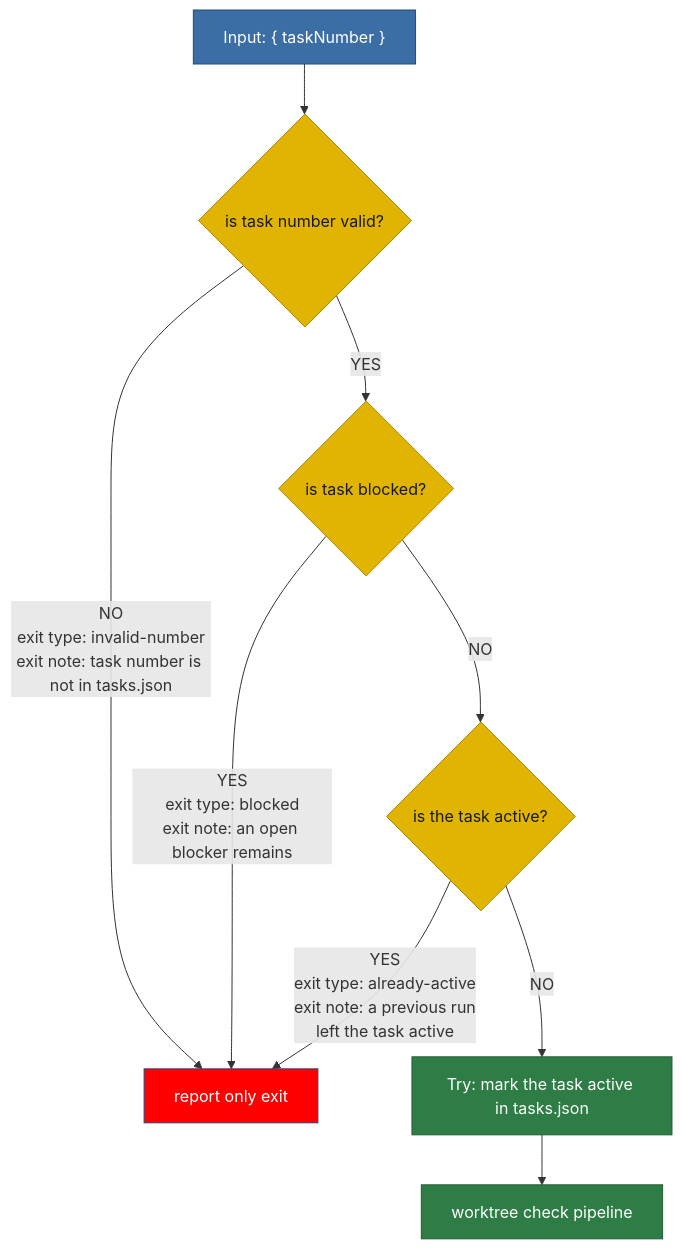
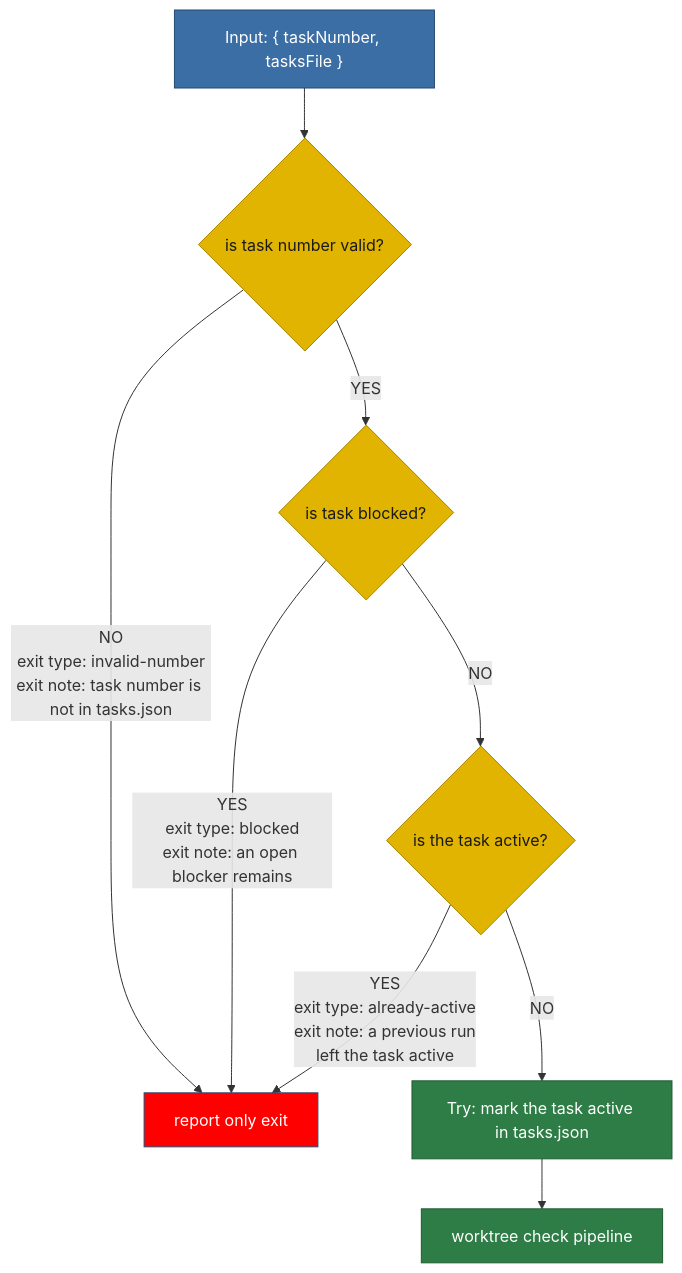
The diagram in plans/diagram/pipeline-preambleStatusCheck.mmd (matkatmusic/taskTools), drawn with Mermaid before and after one commit. The commit also changed 30 other files, not shown here.

```diff
--- a/plans/diagram/pipeline-preambleStatusCheck.mmd
+++ b/plans/diagram/pipeline-preambleStatusCheck.mmd
@@ -1,61 +1,61 @@
 flowchart TB
 %% PREAMBLE STATUS CHECK. Runs entirely before the task is marked active.
 %% ---
 %% Every exit here takes the report only exit, never the failures exit.
 %% ---
 %% An ambiguous mark-active failure is reconciled: re-read tasks.json to see if the claim landed.
 %% ---
 %% Still unknown after that re-read counts as run-failed.
 %% ---
 %% "is the task active?" and "mark it active" are one atomic write.
 %% ---
 %% See claimTask in taskRunState.ts.
 %% ---
 %% Task number and blocked checks happen before that atomic claim.
 %% ---
 %% A blocker added in that window still lets the run through.
 %% ---
 %% ACCEPTED: the window is milliseconds and the worst case is one extra finished task.
 %% ---
 %% KNOWN GAP: a task left active by a dead process stays active forever.
 %% ---
 %% No liveness check or automatic recovery exists; see prepareTasks.ts:251.
 %% ---
 %% Recovery is manual: recoverStaleTaskWorktreeLease in prepareTasks.ts, or recoverSourceRepoLock.ts.
 %% ---
 %% Neither recovery script clears the active flag in tasks.json; that is done by hand.
 %% ---
 %% Exit types this pipeline can produce:
 %% ---
 %%   invalid-number  - not in tasks.json, completedTasks.json not consulted
 %% ---
 %%   blocked         - an open blocker remains
 %% ---
 %%   already-active  - a previous run left the task active
 %% ---
 %%   run-failed      - a script failed before the task became active
 
-  PREAMBLE_TASK_NUMBER_INPUT["Input: { taskNumber }"] --> IS_TASK_NUMBER_VALID
+  PREAMBLE_TASK_NUMBER_INPUT["Input: { taskNumber, tasksFile }"] --> IS_TASK_NUMBER_VALID
   IS_TASK_NUMBER_VALID{"is task number valid?"} -->|YES| IS_TASK_BLOCKED{"is task blocked?"}
   IS_TASK_NUMBER_VALID -- "NO<br/>exit type: invalid-number<br/>exit note: task number is not in tasks.json" --> REPORT_ONLY_EXIT
   IS_TASK_BLOCKED -- "YES<br/>exit type: blocked<br/>exit note: an open blocker remains" --> REPORT_ONLY_EXIT
   IS_TASK_BLOCKED -->|NO| IS_TASK_ACTIVE{"is the task active?"}
   IS_TASK_ACTIVE -- "YES<br/>exit type: already-active<br/>exit note: a previous run<br/>left the task active" --> REPORT_ONLY_EXIT
   IS_TASK_ACTIVE -->|NO| MARK_TASK_ACTIVE["Try: mark the task active in tasks.json"]
   MARK_TASK_ACTIVE --> WORKTREE_CHECK_PIPELINE["worktree check pipeline"]
 
   REPORT_ONLY_EXIT["report only exit"]
 
   %% pass/nopass: green heads for the next pipeline, red ends in an exit.
   classDef pipeline fill:#2f7d46,stroke:#1e5c31,color:#ffffff
   classDef script fill:#2f7d46,stroke:#1e5c31,color:#ffffff
   classDef decision fill:#e0b400,stroke:#a88600,color:#1a1a1a
   classDef output fill:#3b6ea5,stroke:#254a70,color:#ffffff
   classDef fail fill:red,stroke:#254a70,color:#ffffff
   classDef pass fill:#2f7d46,stroke:#1e5c31,color:#ffffff
   classDef nopass fill:#a52a1e,stroke:#6d1a12,color:#ffffff
   class IS_TASK_NUMBER_VALID,IS_TASK_BLOCKED,IS_TASK_ACTIVE decision
   class MARK_TASK_ACTIVE script
   class WORKTREE_CHECK_PIPELINE pipeline
   class REPORT_ONLY_EXIT fail
   class PREAMBLE_TASK_NUMBER_INPUT output
```
